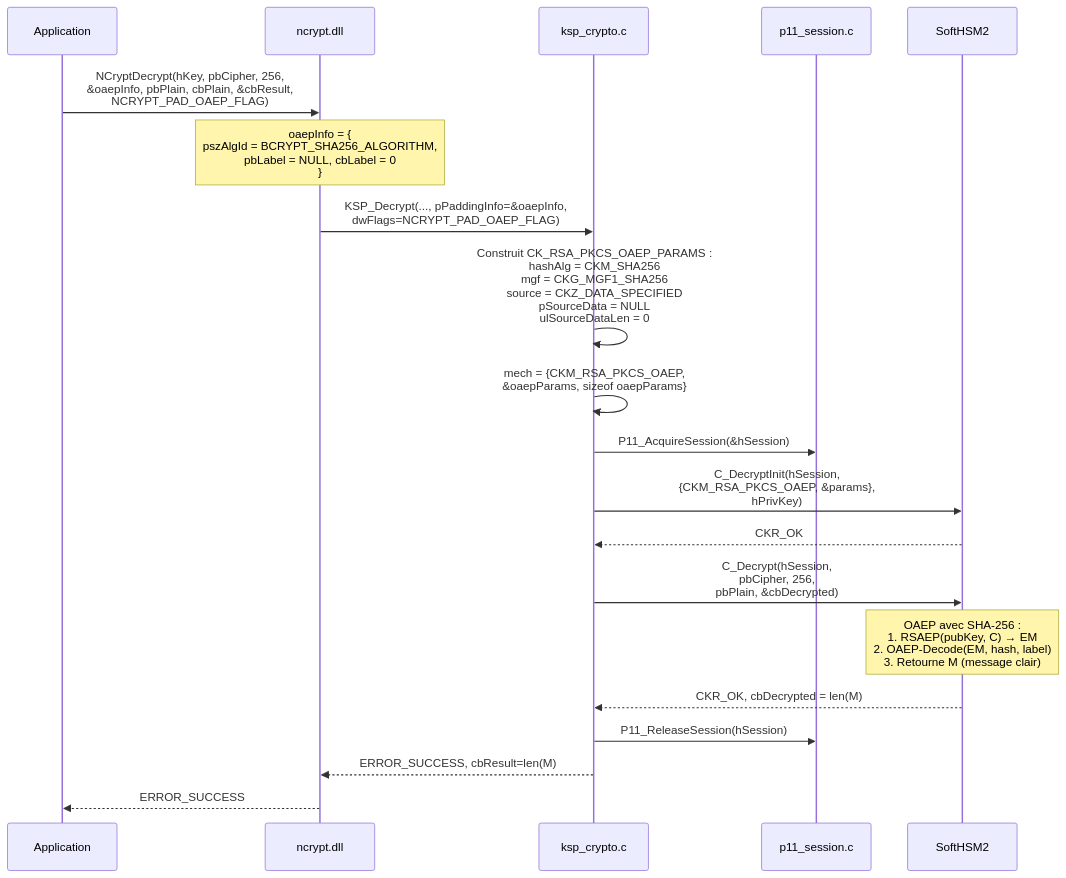
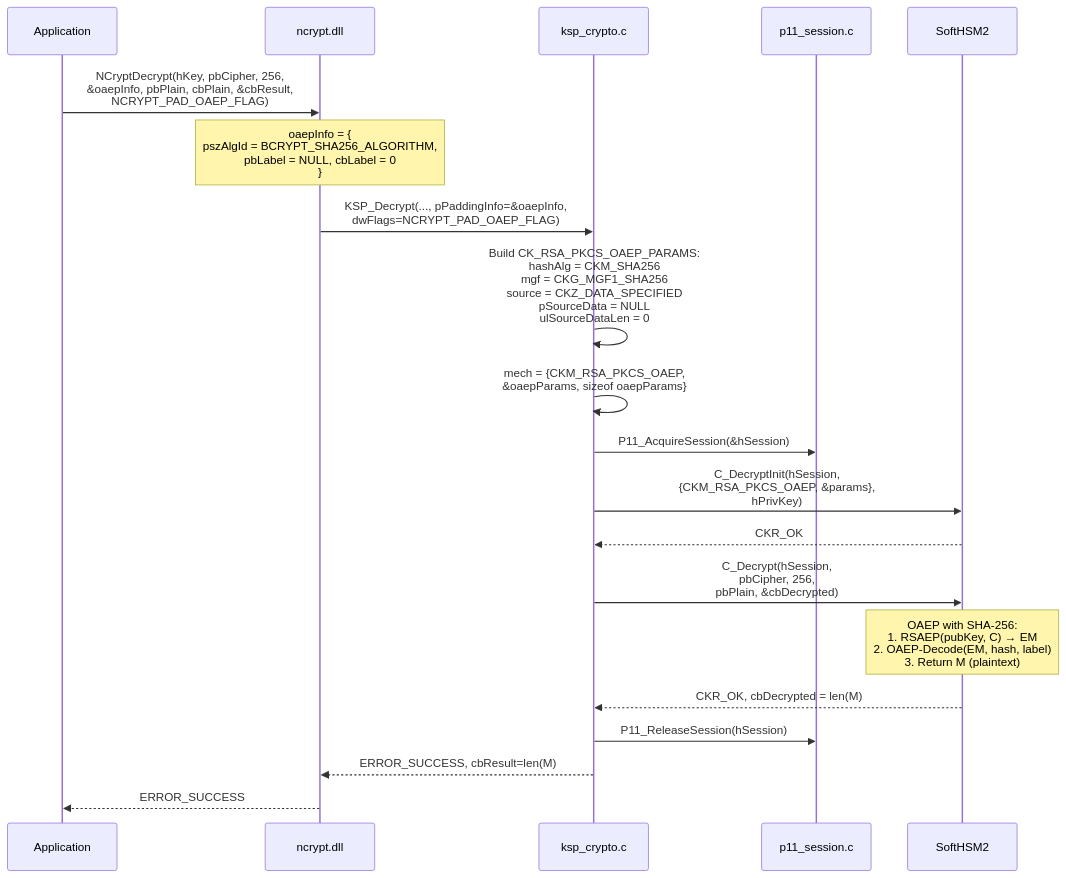
One commit to Gaillotte/Noida changed the fourth of 7 diagrams in softhsm_ksp/docs/04-operations-crypto.md. Above: the diagram before and after it, drawn with Mermaid. The commit also changed other lines of this file and 9 other files, not shown here.

````diff
--- a/softhsm_ksp/docs/04-operations-crypto.md
+++ b/softhsm_ksp/docs/04-operations-crypto.md
@@ -204,31 +204,31 @@
 ```mermaid
 sequenceDiagram
     participant App as Application
     participant NCrypt as ncrypt.dll
     participant KSP as ksp_crypto.c
     participant Session as p11_session.c
     participant HSM as SoftHSM2
 
     App->>NCrypt: NCryptDecrypt(hKey, pbCipher, 256,<br/>&oaepInfo, pbPlain, cbPlain, &cbResult,<br/>NCRYPT_PAD_OAEP_FLAG)
 
     note over NCrypt: oaepInfo = {<br/>  pszAlgId = BCRYPT_SHA256_ALGORITHM,<br/>  pbLabel = NULL, cbLabel = 0<br/>}
 
     NCrypt->>KSP: KSP_Decrypt(..., pPaddingInfo=&oaepInfo,<br/>dwFlags=NCRYPT_PAD_OAEP_FLAG)
 
-    KSP->>KSP: Construit CK_RSA_PKCS_OAEP_PARAMS :<br/>hashAlg = CKM_SHA256<br/>mgf     = CKG_MGF1_SHA256<br/>source  = CKZ_DATA_SPECIFIED<br/>pSourceData = NULL<br/>ulSourceDataLen = 0
+    KSP->>KSP: Build CK_RSA_PKCS_OAEP_PARAMS:<br/>hashAlg = CKM_SHA256<br/>mgf     = CKG_MGF1_SHA256<br/>source  = CKZ_DATA_SPECIFIED<br/>pSourceData = NULL<br/>ulSourceDataLen = 0
 
     KSP->>KSP: mech = {CKM_RSA_PKCS_OAEP,<br/>  &oaepParams, sizeof oaepParams}
 
     KSP->>Session: P11_AcquireSession(&hSession)
 
     KSP->>HSM: C_DecryptInit(hSession,<br/>  {CKM_RSA_PKCS_OAEP, &params},<br/>  hPrivKey)
     HSM-->>KSP: CKR_OK
 
     KSP->>HSM: C_Decrypt(hSession,<br/>  pbCipher, 256,<br/>  pbPlain, &cbDecrypted)
-    note over HSM: OAEP avec SHA-256 :<br/>1. RSAEP(pubKey, C) → EM<br/>2. OAEP-Decode(EM, hash, label)<br/>3. Retourne M (message clair)
+    note over HSM: OAEP with SHA-256:<br/>1. RSAEP(pubKey, C) → EM<br/>2. OAEP-Decode(EM, hash, label)<br/>3. Return M (plaintext)
     HSM-->>KSP: CKR_OK, cbDecrypted = len(M)
 
     KSP->>Session: P11_ReleaseSession(hSession)
     KSP-->>NCrypt: ERROR_SUCCESS, cbResult=len(M)
     NCrypt-->>App: ERROR_SUCCESS
 ```
````
